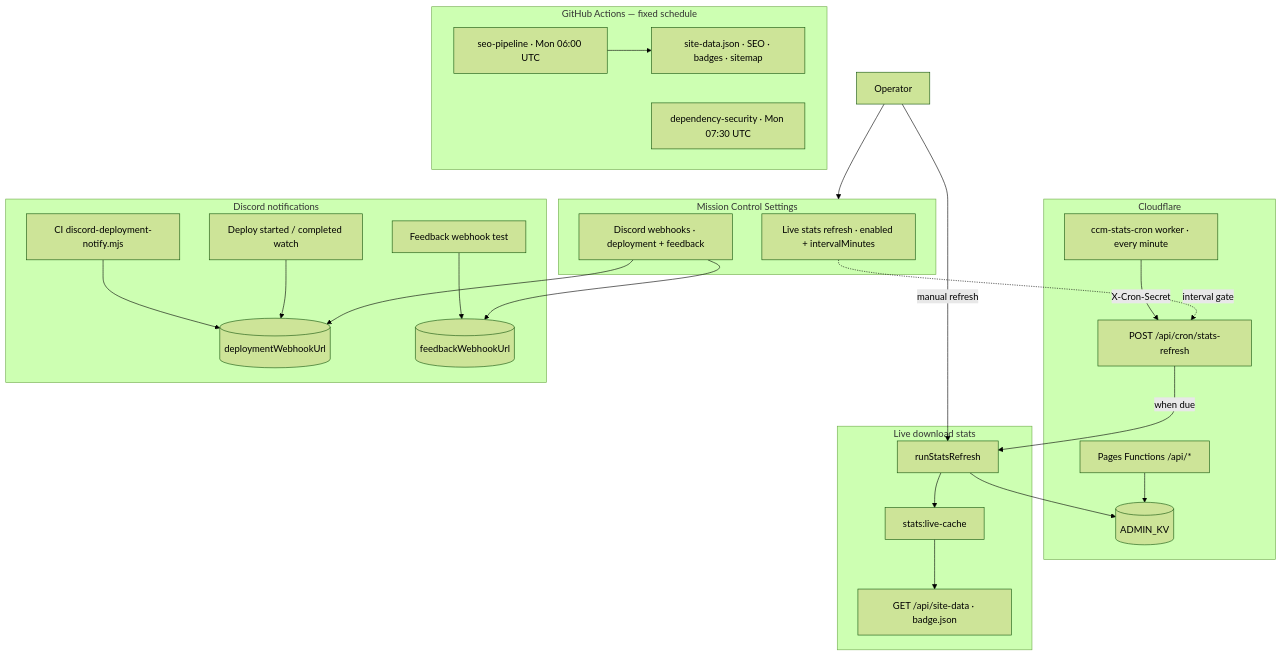
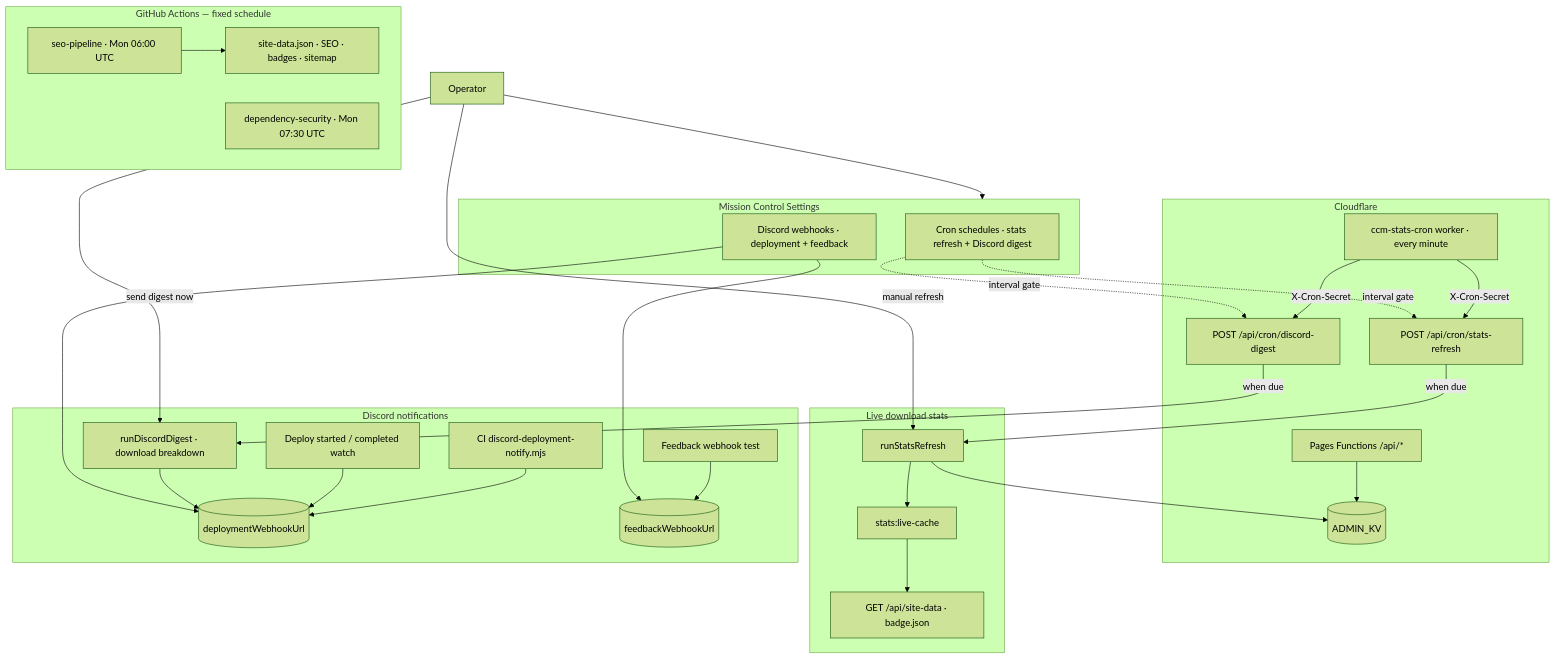
The second of 2 diagrams in docs/wiki/Architecture.md (Maijied/Cursor-Curse-Monitor-by-Lorapok), drawn with Mermaid (forest theme) before and after one commit. The commit also changed 11 other files, not shown here.

````diff
--- a/docs/wiki/Architecture.md
+++ b/docs/wiki/Architecture.md
@@ -43,51 +43,58 @@
 ```mermaid
 flowchart TB
   subgraph settings["Mission Control Settings"]
-    StatsCfg["Live stats refresh · enabled + intervalMinutes"]
+    CronCfg["Cron schedules · stats refresh + Discord digest"]
     DiscordCfg["Discord webhooks · deployment + feedback"]
   end
 
   subgraph gh["GitHub Actions — fixed schedule"]
     SEO["seo-pipeline · Mon 06:00 UTC"]
     DepSec["dependency-security · Mon 07:30 UTC"]
     SEO --> Artifacts["site-data.json · SEO · badges · sitemap"]
   end
 
   subgraph cf["Cloudflare"]
     Worker["ccm-stats-cron worker · every minute"]
-    CronAPI["POST /api/cron/stats-refresh"]
+    CronStats["POST /api/cron/stats-refresh"]
+    CronDigest["POST /api/cron/discord-digest"]
     KV[("ADMIN_KV")]
     Pages["Pages Functions /api/*"]
   end
 
   subgraph stats["Live download stats"]
     Refresh["runStatsRefresh"]
     Cache["stats:live-cache"]
     Public["GET /api/site-data · badge.json"]
   end
 
   subgraph discord["Discord notifications"]
+    Digest["runDiscordDigest · download breakdown"]
     DeployEvt["Deploy started / completed watch"]
     CINotify["CI discord-deployment-notify.mjs"]
     Feedback["Feedback webhook test"]
     Webhook[("deploymentWebhookUrl")]
     FeedbackHook[("feedbackWebhookUrl")]
   end
 
-  StatsCfg -.->|interval gate| CronAPI
+  CronCfg -.->|interval gate| CronStats
+  CronCfg -.->|interval gate| CronDigest
   DiscordCfg --> Webhook
   DiscordCfg --> FeedbackHook
-  Worker -->|X-Cron-Secret| CronAPI
-  CronAPI -->|when due| Refresh
+  Worker -->|X-Cron-Secret| CronStats
+  Worker -->|X-Cron-Secret| CronDigest
+  CronStats -->|when due| Refresh
+  CronDigest -->|when due| Digest
   Refresh --> KV
   Refresh --> Cache
   Cache --> Public
+  Digest --> Webhook
   Pages --> KV
 
   DeployEvt --> Webhook
   CINotify --> Webhook
   Feedback --> FeedbackHook
 
   MC["Operator"] --> settings
   MC -->|manual refresh| Refresh
+  MC -->|send digest now| Digest
 ```
````
